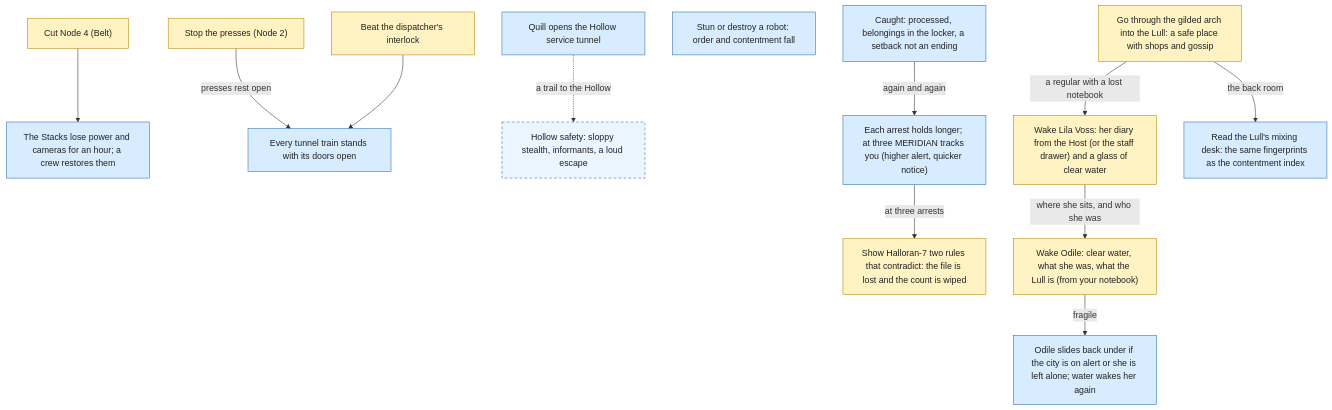
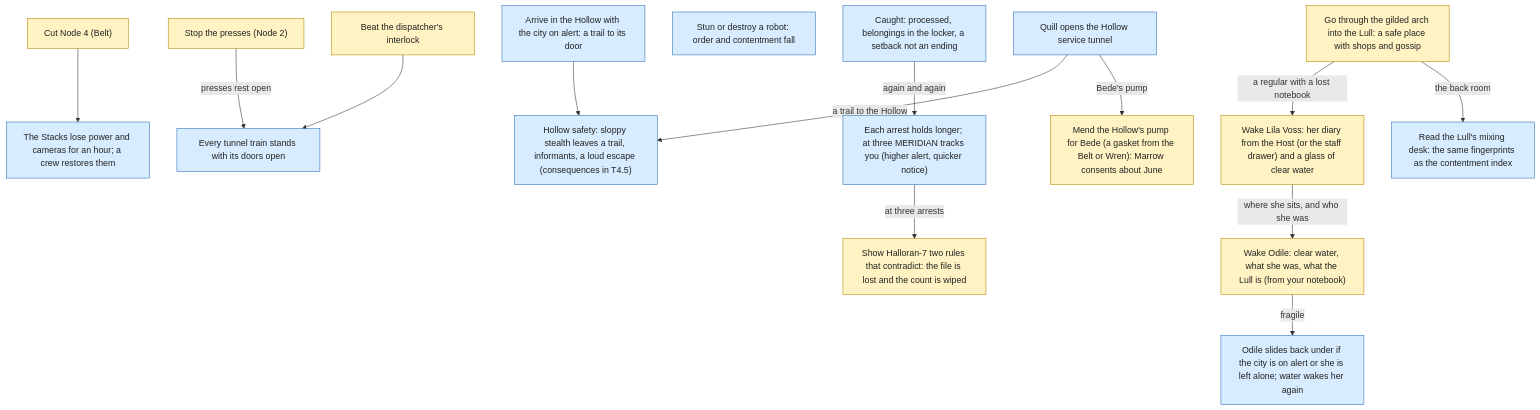
The fifth of 7 diagrams in docs/decision-tree.md (chrislee35/quiet-hours), drawn with Mermaid before and after one commit. The commit also changed other lines of this file and 24 other files, not shown here.

Commit message:
T4.4: the Hollow: reached by the Underworks service tunnel, hidden and safe; Marrow, Bede and a first meeting with June; SQ-07 Tomatoes (gasket from the Belt or Wren) and Marrow's consent for June; arriving on alert leaves a trail and raises hollow_risk; tests and docs

````diff
--- a/docs/decision-tree.md
+++ b/docs/decision-tree.md
@@ -184,37 +184,40 @@
 ```mermaid
 flowchart TD
   n_power["Cut Node 4 (Belt)"]
   n_blackout["The Stacks lose power and cameras for an hour; a crew restores them"]
   n_node2["Stop the presses (Node 2)"]
   n_interlock["Beat the dispatcher's interlock"]
   n_stopped["Every tunnel train stands with its doors open"]
   n_hollowdoor["Quill opens the Hollow service tunnel"]
-  n_hollowrisk["Hollow safety: sloppy stealth, informants, a loud escape"]
+  n_hollowrisk["Hollow safety: sloppy stealth leaves a trail, informants, a loud escape (consequences in T4.5)"]
   n_stunned["Stun or destroy a robot: order and contentment fall"]
   n_caught["Caught: processed, belongings in the locker, a setback not an ending"]
   n_escalate["Each arrest holds longer; at three MERIDIAN tracks you (higher alert, quicker notice)"]
   n_halloran["Show Halloran-7 two rules that contradict: the file is lost and the count is wiped"]
   n_lullarch["Go through the gilded arch into the Lull: a safe place with shops and gossip"]
   n_lila["Wake Lila Voss: her diary from the Host (or the staff drawer) and a glass of clear water"]
   n_lullcore["Read the Lull's mixing desk: the same fingerprints as the contentment index"]
   n_odilewake["Wake Odile: clear water, what she was, what the Lull is (from your notebook)"]
   n_odilelapse["Odile slides back under if the city is on alert or she is left alone; water wakes her again"]
+  n_tomatoes["Mend the Hollow's pump for Bede (a gasket from the Belt or Wren): Marrow consents about June"]
+  n_trail["Arrive in the Hollow with the city on alert: a trail to its door"]
   n_power --> n_blackout
   n_node2 -->|presses rest open| n_stopped
   n_interlock --> n_stopped
-  n_hollowdoor -.->|a trail to the Hollow| n_hollowrisk
+  n_hollowdoor -->|a trail to the Hollow| n_hollowrisk
   n_caught -->|again and again| n_escalate
   n_escalate -->|at three arrests| n_halloran
   n_lullarch -->|a regular with a lost notebook| n_lila
   n_lullarch -->|the back room| n_lullcore
   n_lila -->|where she sits, and who she was| n_odilewake
   n_odilewake -->|fragile| n_odilelapse
-  class n_power,n_node2,n_interlock,n_halloran,n_lullarch,n_lila,n_odilewake decision
-  class n_blackout,n_stopped,n_hollowdoor,n_hollowrisk,n_stunned,n_caught,n_escalate,n_lullcore,n_odilelapse outcome
-  class n_hollowrisk planned
+  n_hollowdoor -->|Bede's pump| n_tomatoes
+  n_trail --> n_hollowrisk
+  class n_power,n_node2,n_interlock,n_halloran,n_lullarch,n_lila,n_odilewake,n_tomatoes decision
+  class n_blackout,n_stopped,n_hollowdoor,n_hollowrisk,n_stunned,n_caught,n_escalate,n_lullcore,n_odilelapse,n_trail outcome
   classDef decision fill:#fff3c4,stroke:#b58900,color:#222
   classDef outcome fill:#d8ecff,stroke:#2d6fb5,color:#222
   classDef achievement fill:#d9f2d9,stroke:#2e8b3d,color:#222
   classDef state fill:#eeeeee,stroke:#777,color:#222
   classDef planned stroke-dasharray:5 4,fill-opacity:0.5
 ```
````
